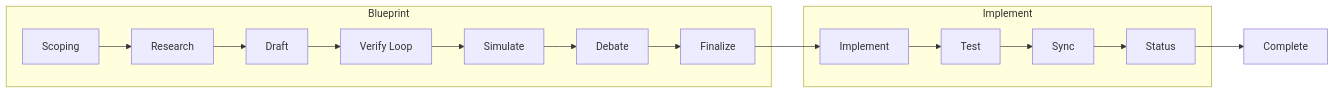
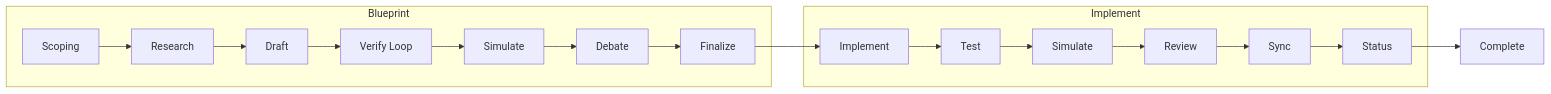
Before and after one commit to imtemp-dev/claude-forge: the first of 8 diagrams in README.md, drawn with Mermaid. The commit also changed other lines of this file and 3 other files, not shown here.

First line of the commit message:
Sync READMEs with vision/roadmap, review step, and CLI updates

````diff
--- a/README.md
+++ b/README.md
@@ -32,12 +32,12 @@
 ```mermaid
 flowchart LR
     subgraph Blueprint
         S["Scoping"] --> R["Research"] --> D["Draft"] --> V["Verify Loop"]
         V --> SIM["Simulate"] --> DB["Debate"] --> F["Finalize"]
     end
     subgraph Implement
-        IMP["Implement"] --> T["Test"] --> SY["Sync"] --> ST["Status"]
+        IMP["Implement"] --> T["Test"] --> CSM["Simulate"] --> RV["Review"] --> SY["Sync"] --> ST["Status"]
     end
     F --> IMP
     ST --> DONE["Complete"]
 ```
````
